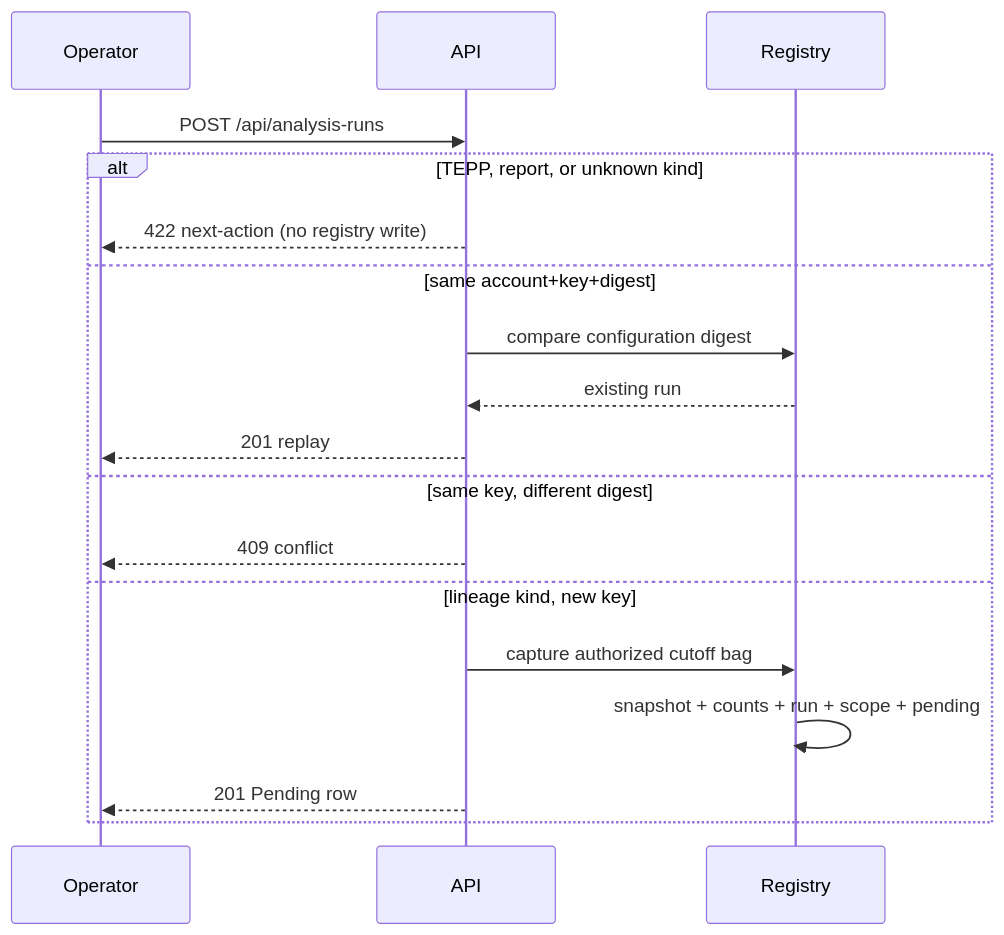
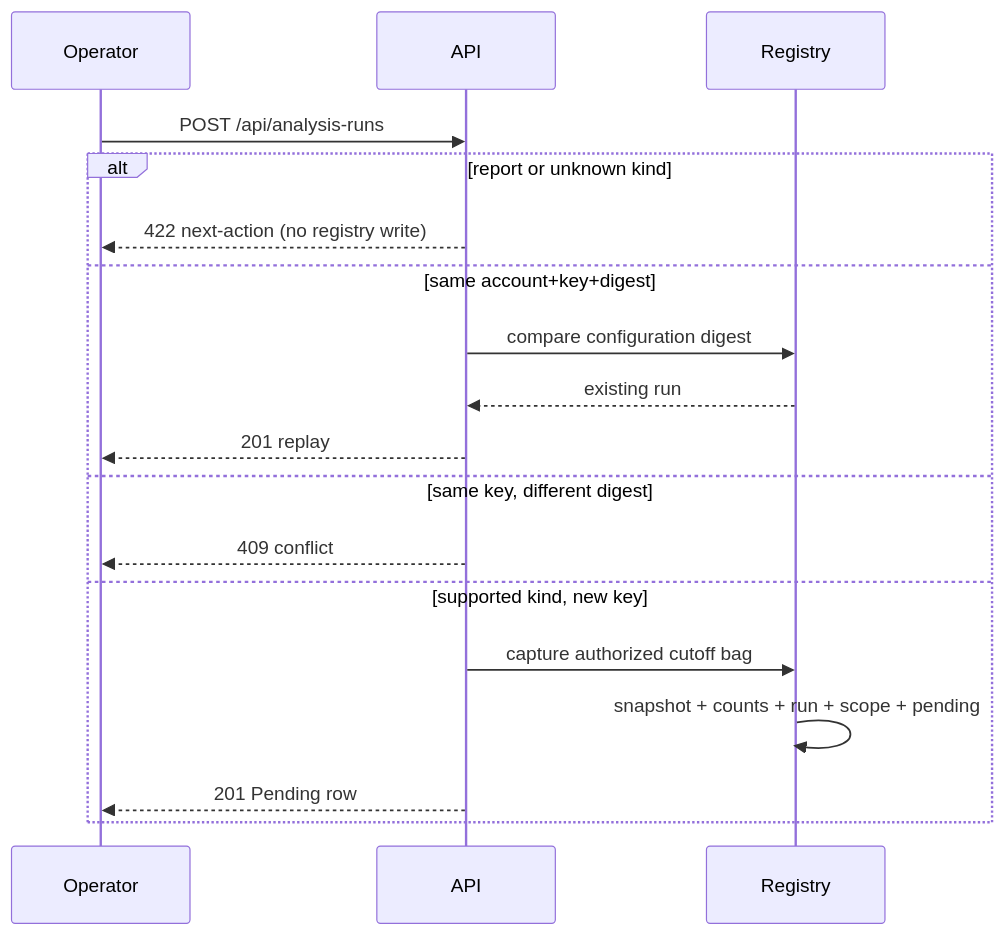
The diagram in docs/adr/0017-authorized-analysis-run-create.md (ContextualWisdomLab/LineageWeave), drawn with Mermaid before and after one commit. The commit also changed other lines of this file and 17 other files, not shown here.

````diff
--- a/docs/adr/0017-authorized-analysis-run-create.md
+++ b/docs/adr/0017-authorized-analysis-run-create.md
@@ -44,20 +46,20 @@
 ```mermaid
 sequenceDiagram
     participant Operator
     participant API
     participant Registry
     Operator->>API: POST /api/analysis-runs
-    alt TEPP, report, or unknown kind
+    alt report or unknown kind
         API-->>Operator: 422 next-action (no registry write)
     else same account+key+digest
         API->>Registry: compare configuration digest
         Registry-->>API: existing run
         API-->>Operator: 201 replay
     else same key, different digest
         API-->>Operator: 409 conflict
-    else lineage kind, new key
+    else supported kind, new key
         API->>Registry: capture authorized cutoff bag
         Registry->>Registry: snapshot + counts + run + scope + pending
         API-->>Operator: 201 Pending row
     end
 ```
````
